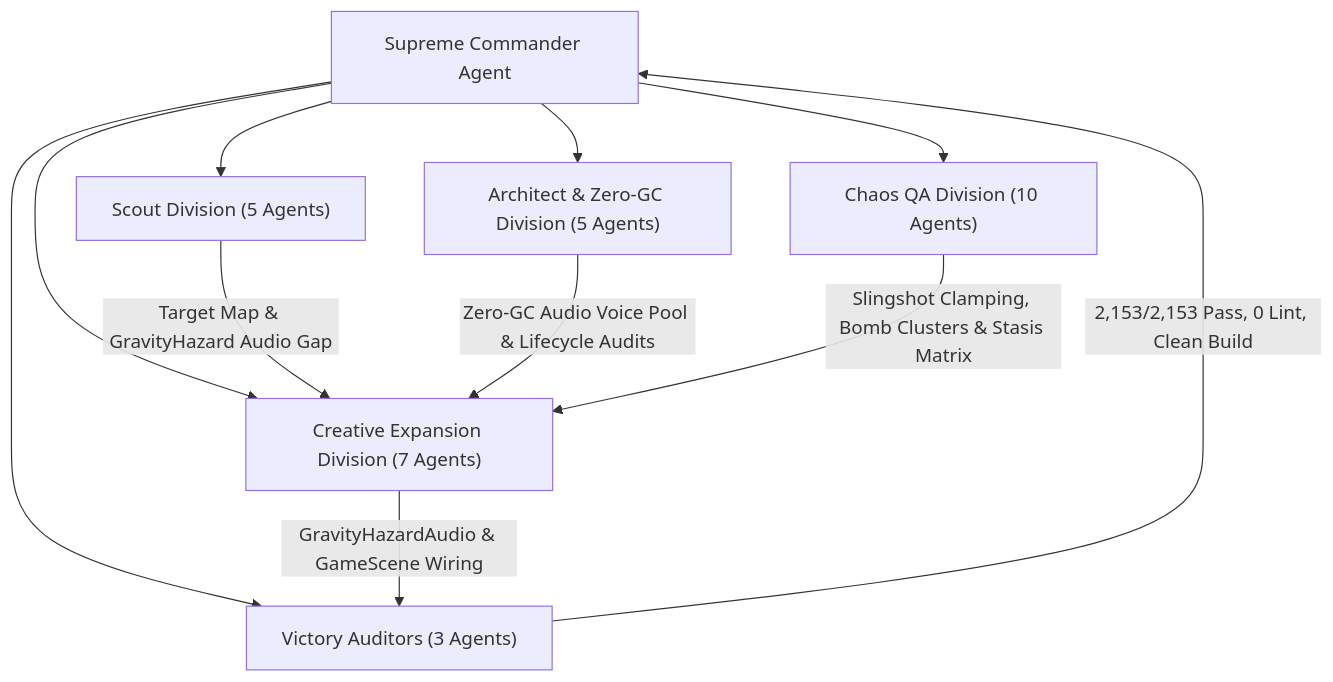
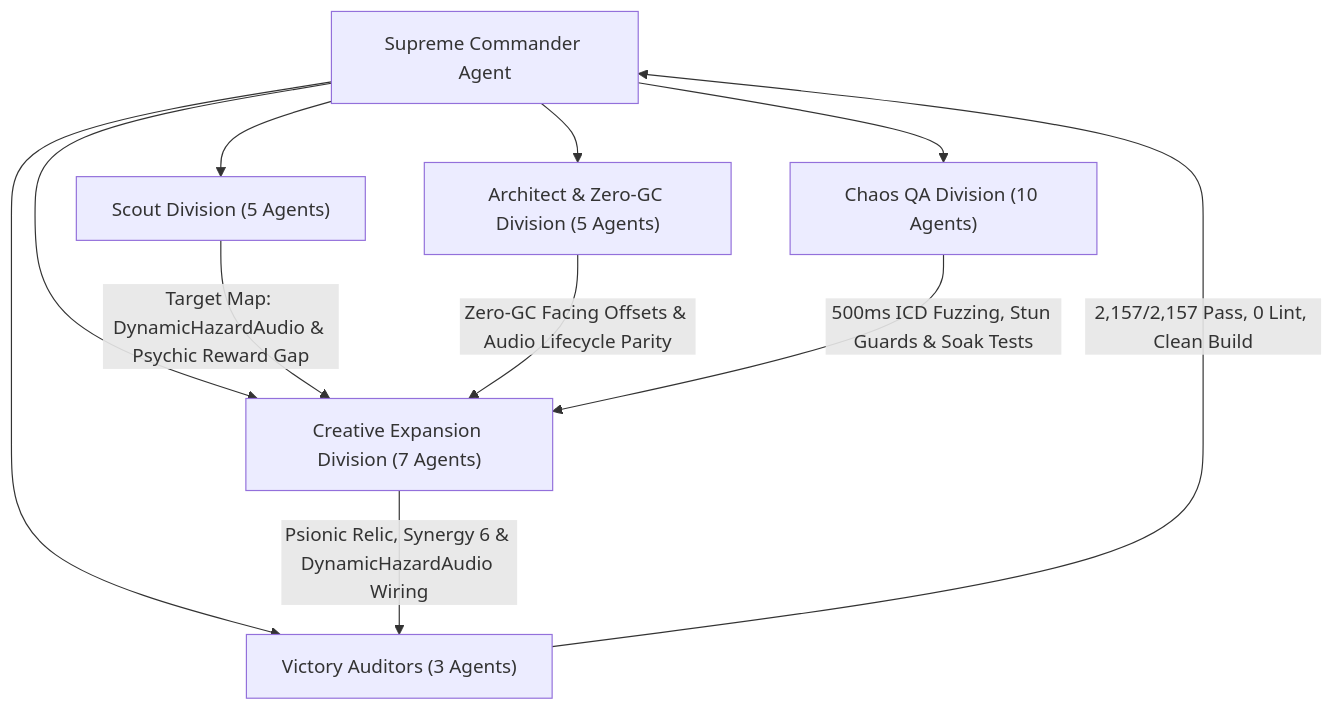
One commit to LeegwangYeol/bomberman-game changed the diagram in DAILY_REPORT.md. Above: the diagram before and after it, drawn with Mermaid. The commit also changed other lines of this file and 15 other files, not shown here.

````diff
--- a/DAILY_REPORT.md
+++ b/DAILY_REPORT.md
@@ -55,14 +46,14 @@
 ```mermaid
 flowchart TD
     SC["Supreme Commander Agent"] --> SD["Scout Division (5 Agents)"]
     SC --> AD["Architect & Zero-GC Division (5 Agents)"]
     SC --> CQD["Chaos QA Division (10 Agents)"]
     SC --> CED["Creative Expansion Division (7 Agents)"]
     SC --> VA["Victory Auditors (3 Agents)"]
 
-    SD -->|"Target Map & GravityHazard Audio Gap"| CED
-    AD -->|"Zero-GC Audio Voice Pool & Lifecycle Audits"| CED
-    CQD -->|"Slingshot Clamping, Bomb Clusters & Stasis Matrix"| CED
-    CED -->|"GravityHazardAudio & GameScene Wiring"| VA
-    VA -->|"2,153/2,153 Pass, 0 Lint, Clean Build"| SC
+    SD -->|"Target Map: DynamicHazardAudio & Psychic Reward Gap"| CED
+    AD -->|"Zero-GC Facing Offsets & Audio Lifecycle Parity"| CED
+    CQD -->|"500ms ICD Fuzzing, Stun Guards & Soak Tests"| CED
+    CED -->|"Psionic Relic, Synergy 6 & DynamicHazardAudio Wiring"| VA
+    VA -->|"2,157/2,157 Pass, 0 Lint, Clean Build"| SC
 ```
````
